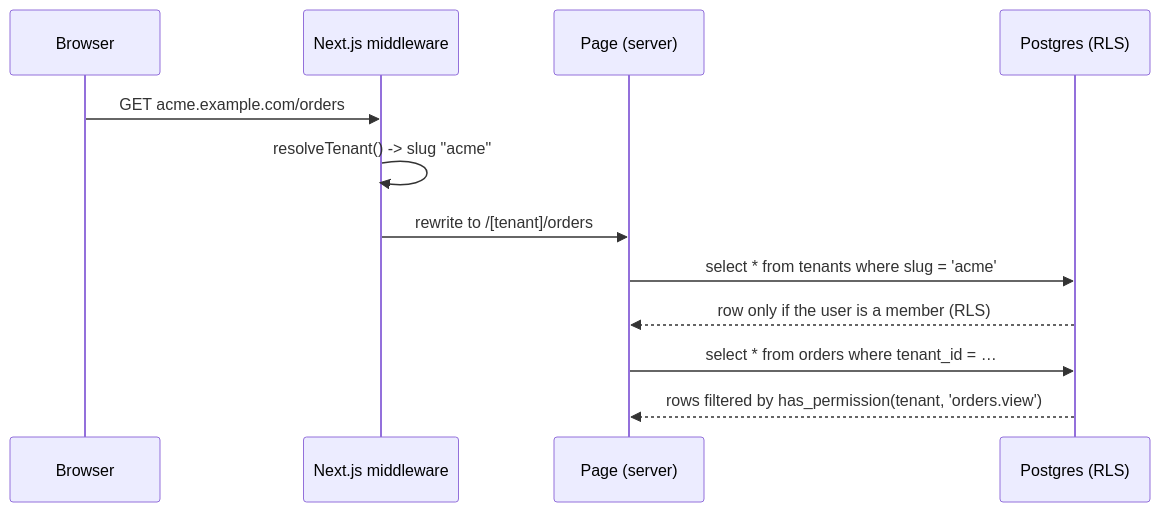
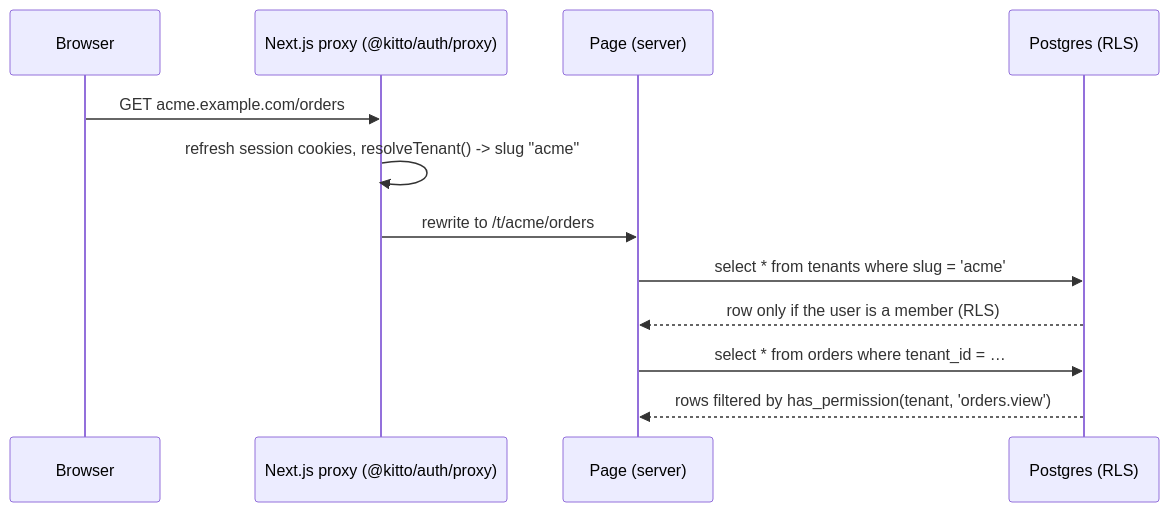
Before and after one commit to adamsdenniskariuki/kitto: the third of 7 diagrams in docs/ARCHITECTURE.md, drawn with Mermaid. The commit also changed other lines of this file and 70 other files, not shown here.

````diff
--- a/docs/ARCHITECTURE.md
+++ b/docs/ARCHITECTURE.md
@@ -100,14 +100,14 @@
 ```mermaid
 sequenceDiagram
   participant B as Browser
-  participant M as Next.js middleware
+  participant M as Next.js proxy (@kitto/auth/proxy)
   participant P as Page (server)
   participant DB as Postgres (RLS)
   B->>M: GET acme.example.com/orders
-  M->>M: resolveTenant() -> slug "acme"
-  M->>P: rewrite to /[tenant]/orders
+  M->>M: refresh session cookies, resolveTenant() -> slug "acme"
+  M->>P: rewrite to /t/acme/orders
   P->>DB: select * from tenants where slug = 'acme'
   DB-->>P: row only if the user is a member (RLS)
   P->>DB: select * from orders where tenant_id = …
   DB-->>P: rows filtered by has_permission(tenant, 'orders.view')
 ```
````
